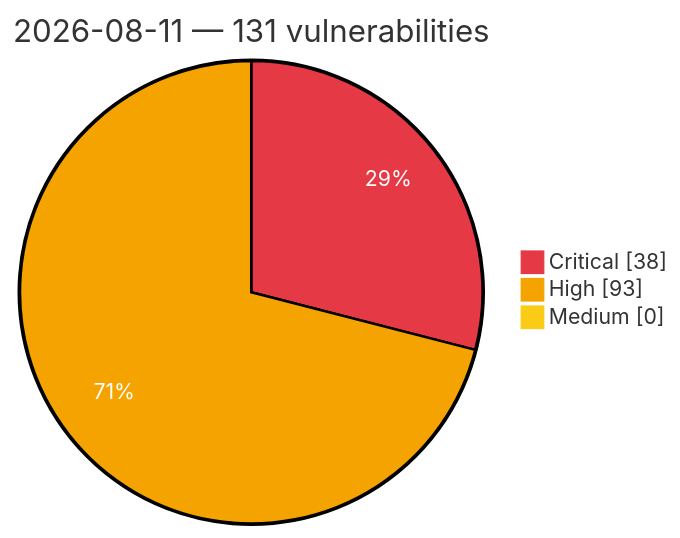
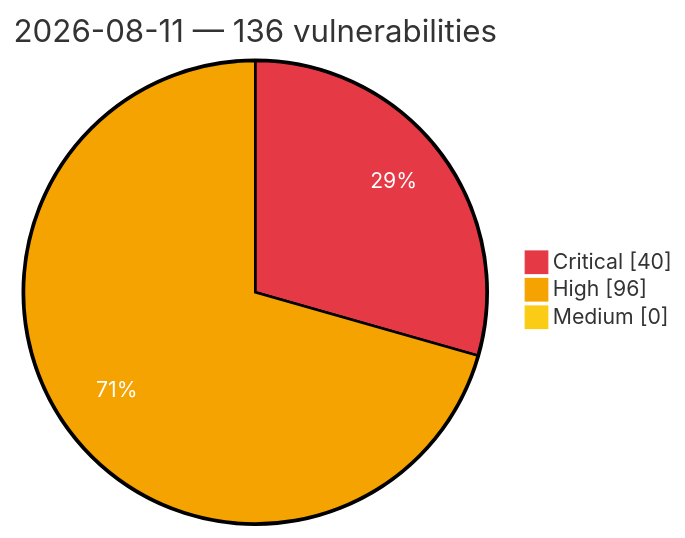
The diagram in vulnerabilities/2026/August/2026-08-11.md (GhostX0X/vuln-tracker), drawn with Mermaid before and after one commit. The commit also changed other lines of this file and 5 other files, not shown here.

Commit message:
Auto update: critical/high vulns (2026-08-11 23:02 UTC)

````diff
--- a/vulnerabilities/2026/August/2026-08-11.md
+++ b/vulnerabilities/2026/August/2026-08-11.md
@@ -3,8 +3,8 @@
 ```mermaid
 %%{init: {'theme':'base', 'themeVariables': {'pie1':'#e63946', 'pie2':'#f4a300', 'pie3':'#facc15', 'pieOpacity':'1', 'pieOuterStrokeWidth':'2px', 'pieSectionTextColor':'#ffffff'}}}%%
 pie showData
-    title 2026-08-11 — 131 vulnerabilities
-    "Critical" : 38
-    "High" : 93
+    title 2026-08-11 — 136 vulnerabilities
+    "Critical" : 40
+    "High" : 96
     "Medium" : 0
 ```
````
